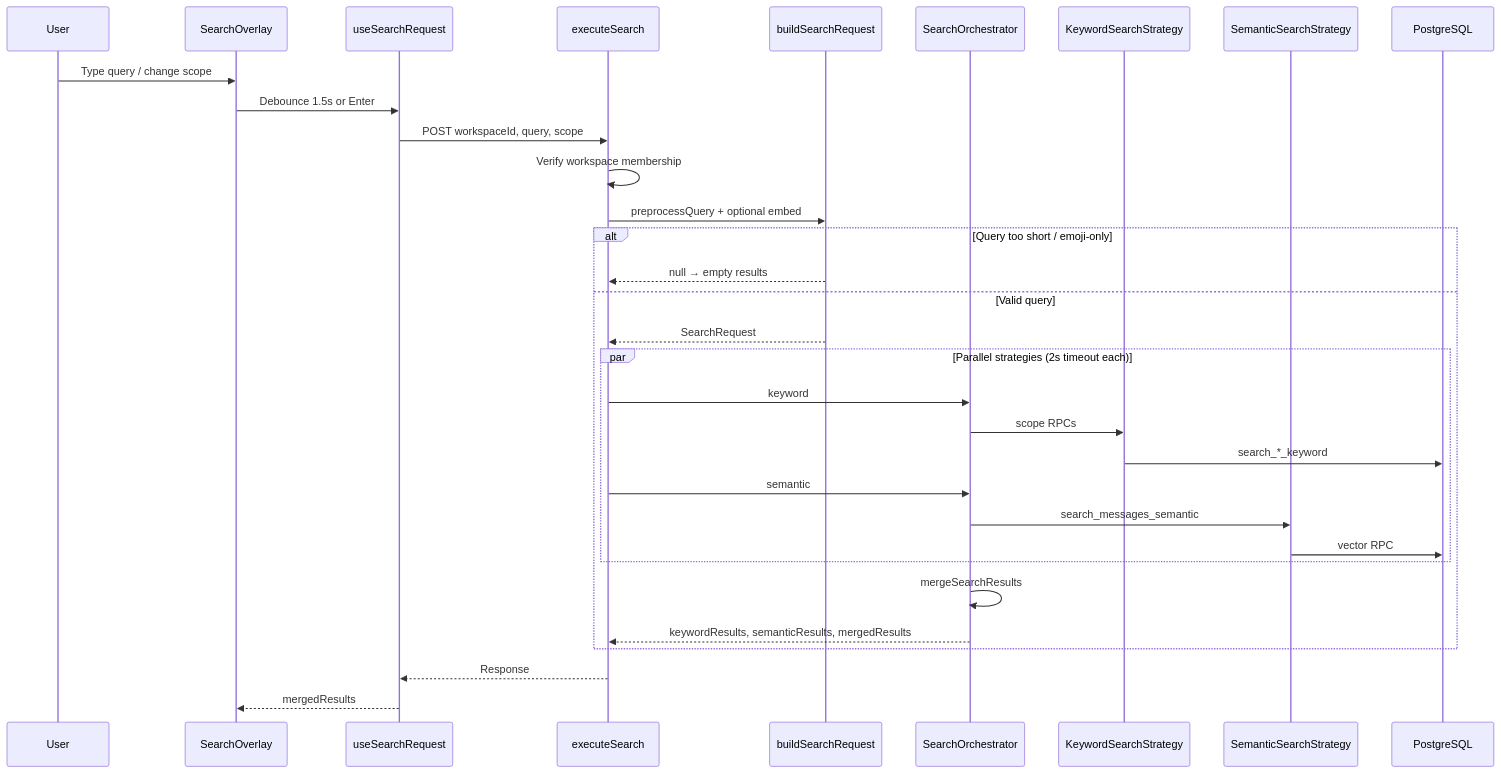
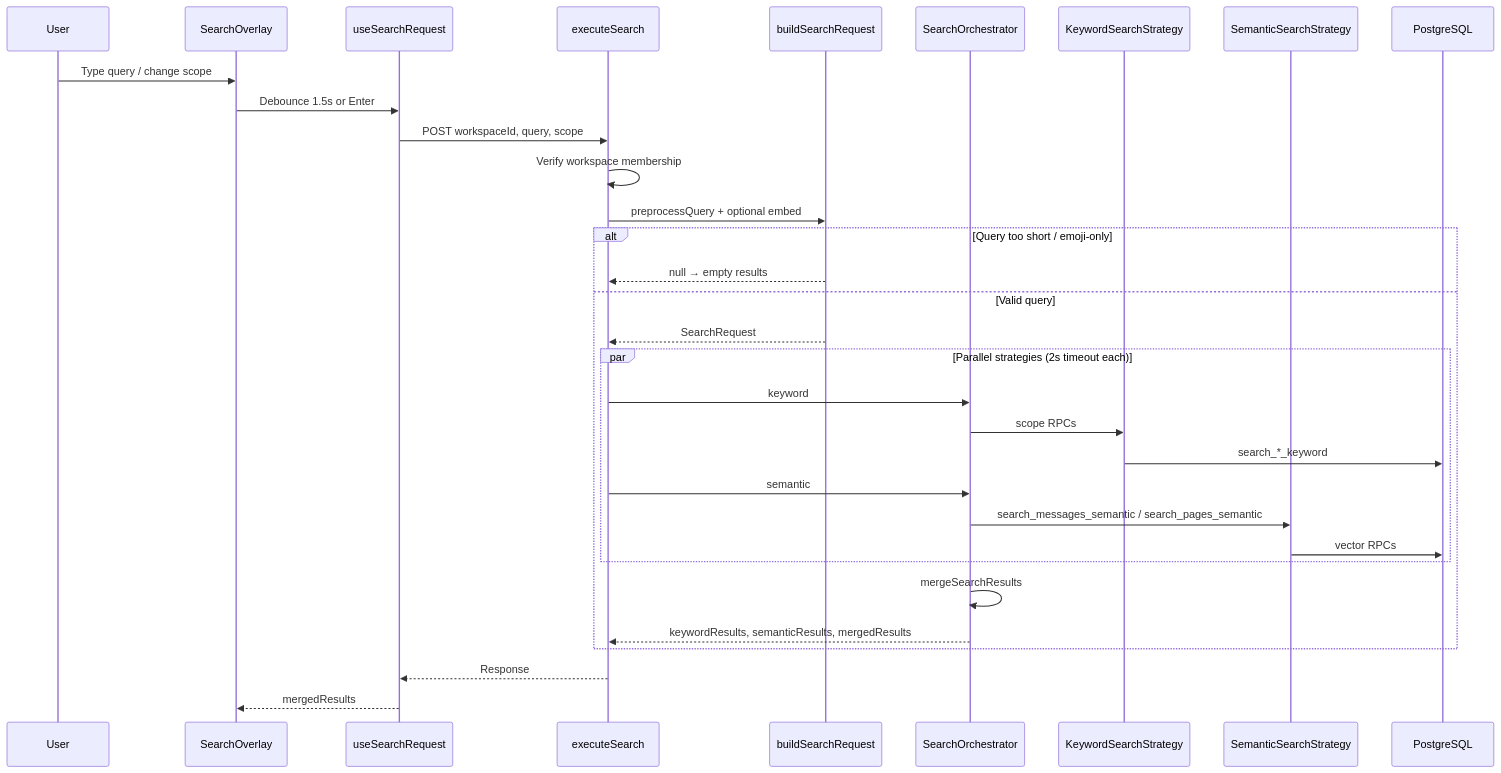
Before and after one commit to carlos-tamarind/tamarind-app: the diagram in docs/search/pipeline.md, drawn with Mermaid. The commit also changed other lines of this file and 10 other files, not shown here.

Commit message:
pages wired into semantic search; 0.2.181

````diff
--- a/docs/search/pipeline.md
+++ b/docs/search/pipeline.md
@@ -7,35 +7,35 @@
 ```mermaid
 sequenceDiagram
   participant User
   participant Overlay as SearchOverlay
   participant Hook as useSearchRequest
   participant SF as executeSearch
   participant Build as buildSearchRequest
   participant Orch as SearchOrchestrator
   participant KW as KeywordSearchStrategy
   participant SEM as SemanticSearchStrategy
   participant DB as PostgreSQL
 
   User->>Overlay: Type query / change scope
   Overlay->>Hook: Debounce 1.5s or Enter
   Hook->>SF: POST workspaceId, query, scope
   SF->>SF: Verify workspace membership
   SF->>Build: preprocessQuery + optional embed
   alt Query too short / emoji-only
     Build-->>SF: null → empty results
   else Valid query
     Build-->>SF: SearchRequest
     par Parallel strategies (2s timeout each)
       SF->>Orch: keyword
       Orch->>KW: scope RPCs
       KW->>DB: search_*_keyword
       SF->>Orch: semantic
-      Orch->>SEM: search_messages_semantic
-      SEM->>DB: vector RPC
+      Orch->>SEM: search_messages_semantic / search_pages_semantic
+      SEM->>DB: vector RPCs
     end
     Orch->>Orch: mergeSearchResults
     Orch-->>SF: keywordResults, semanticResults, mergedResults
   end
   SF-->>Hook: Response
   Hook-->>Overlay: mergedResults
 ```
````
